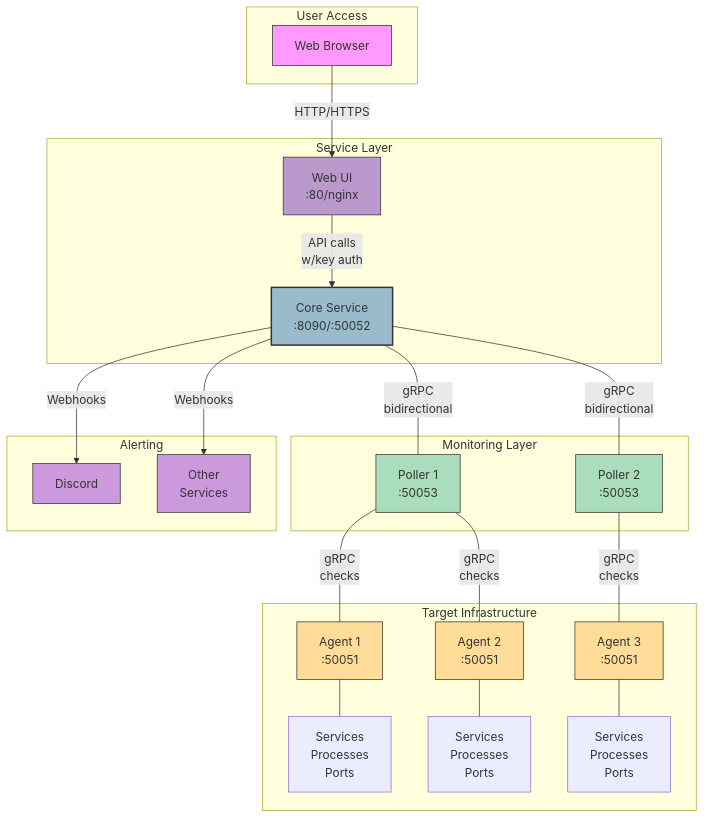
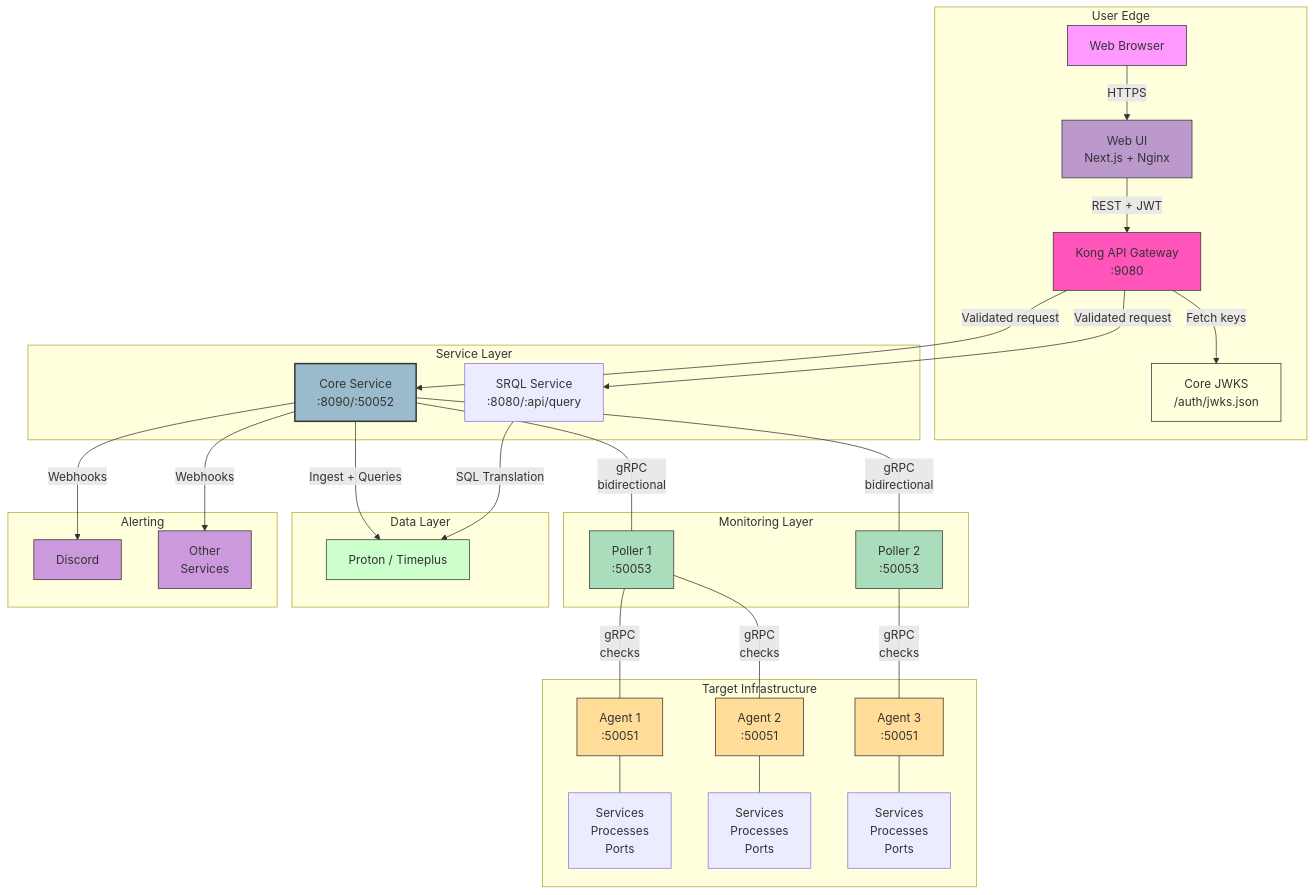
One commit to carverauto/serviceradar changed the first of 6 diagrams in docs/docs/architecture.md. Above: the diagram before and after it, drawn with Mermaid. The commit also changed other lines of this file and 1 other file, not shown here.

Commit message:
doc updates for kong and srql

````diff
--- a/docs/docs/architecture.md
+++ b/docs/docs/architecture.md
@@ -12,50 +12,66 @@
 ```mermaid
 graph TD
-    subgraph "User Access"
+    subgraph "User Edge"
         Browser[Web Browser]
+        WebUI[Web UI<br/>Next.js + Nginx]
+        Kong[Kong API Gateway<br/>:9080]
+        JWKS[Core JWKS<br/>/auth/jwks.json]
+
+        Browser -->|HTTPS| WebUI
+        WebUI -->|REST + JWT| Kong
+        Kong -->|Fetch keys| JWKS
     end
 
     subgraph "Service Layer"
-        WebUI[Web UI<br>:80/nginx]
-        CoreAPI[Core Service<br>:8090/:50052]
-        WebUI -->|API calls<br>w/key auth| CoreAPI
-        Browser -->|HTTP/HTTPS| WebUI
+        CoreAPI[Core Service<br/>:8090/:50052]
+        SRQL[SRQL Service<br/>:8080/:api/query]
+        Kong -->|Validated request| CoreAPI
+        Kong -->|Validated request| SRQL
     end
 
     subgraph "Monitoring Layer"
-        Poller1[Poller 1<br>:50053]
-        Poller2[Poller 2<br>:50053]
-        CoreAPI ---|gRPC<br>bidirectional| Poller1
-        CoreAPI ---|gRPC<br>bidirectional| Poller2
+        Poller1[Poller 1<br/>:50053]
+        Poller2[Poller 2<br/>:50053]
+        CoreAPI ---|gRPC<br/>bidirectional| Poller1
+        CoreAPI ---|gRPC<br/>bidirectional| Poller2
     end
 
     subgraph "Target Infrastructure"
-        Agent1[Agent 1<br>:50051]
-        Agent2[Agent 2<br>:50051]
-        Agent3[Agent 3<br>:50051]
-        
-        Poller1 ---|gRPC<br>checks| Agent1
-        Poller1 ---|gRPC<br>checks| Agent2
-        Poller2 ---|gRPC<br>checks| Agent3
-        
-        Agent1 --- Service1[Services<br>Processes<br>Ports]
-        Agent2 --- Service2[Services<br>Processes<br>Ports]
-        Agent3 --- Service3[Services<br>Processes<br>Ports]
+        Agent1[Agent 1<br/>:50051]
+        Agent2[Agent 2<br/>:50051]
+        Agent3[Agent 3<br/>:50051]
+
+        Poller1 ---|gRPC<br/>checks| Agent1
+        Poller1 ---|gRPC<br/>checks| Agent2
+        Poller2 ---|gRPC<br/>checks| Agent3
+
+        Agent1 --- Service1[Services<br/>Processes<br/>Ports]
+        Agent2 --- Service2[Services<br/>Processes<br/>Ports]
+        Agent3 --- Service3[Services<br/>Processes<br/>Ports]
+    end
+
+    subgraph "Data Layer"
+        Proton[Proton / Timeplus]
+        CoreAPI -->|Ingest + Queries| Proton
+        SRQL -->|SQL Translation| Proton
     end
 
     subgraph "Alerting"
         CoreAPI -->|Webhooks| Discord[Discord]
-        CoreAPI -->|Webhooks| Other[Other<br>Services]
+        CoreAPI -->|Webhooks| Other[Other<br/>Services]
     end
 
     style Browser fill:#f9f,stroke:#333,stroke-width:1px
     style WebUI fill:#b9c,stroke:#333,stroke-width:1px
+    style Kong fill:#f5b,stroke:#333,stroke-width:1px
+    style JWKS fill:#ffd,stroke:#333,stroke-width:1px
     style CoreAPI fill:#9bc,stroke:#333,stroke-width:2px
     style Poller1 fill:#adb,stroke:#333,stroke-width:1px
     style Poller2 fill:#adb,stroke:#333,stroke-width:1px
     style Agent1 fill:#fd9,stroke:#333,stroke-width:1px
     style Agent2 fill:#fd9,stroke:#333,stroke-width:1px
     style Agent3 fill:#fd9,stroke:#333,stroke-width:1px
+    style Proton fill:#cfc,stroke:#333,stroke-width:1px
     style Discord fill:#c9d,stroke:#333,stroke-width:1px
     style Other fill:#c9d,stroke:#333,stroke-width:1px
 ```
````
